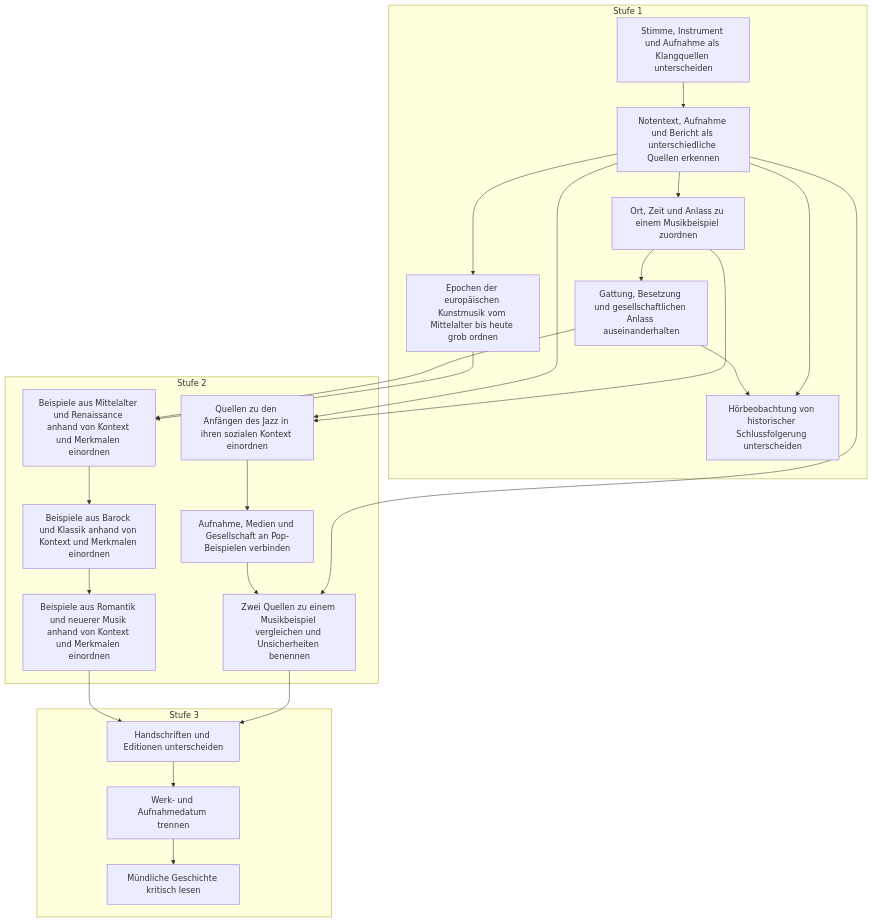
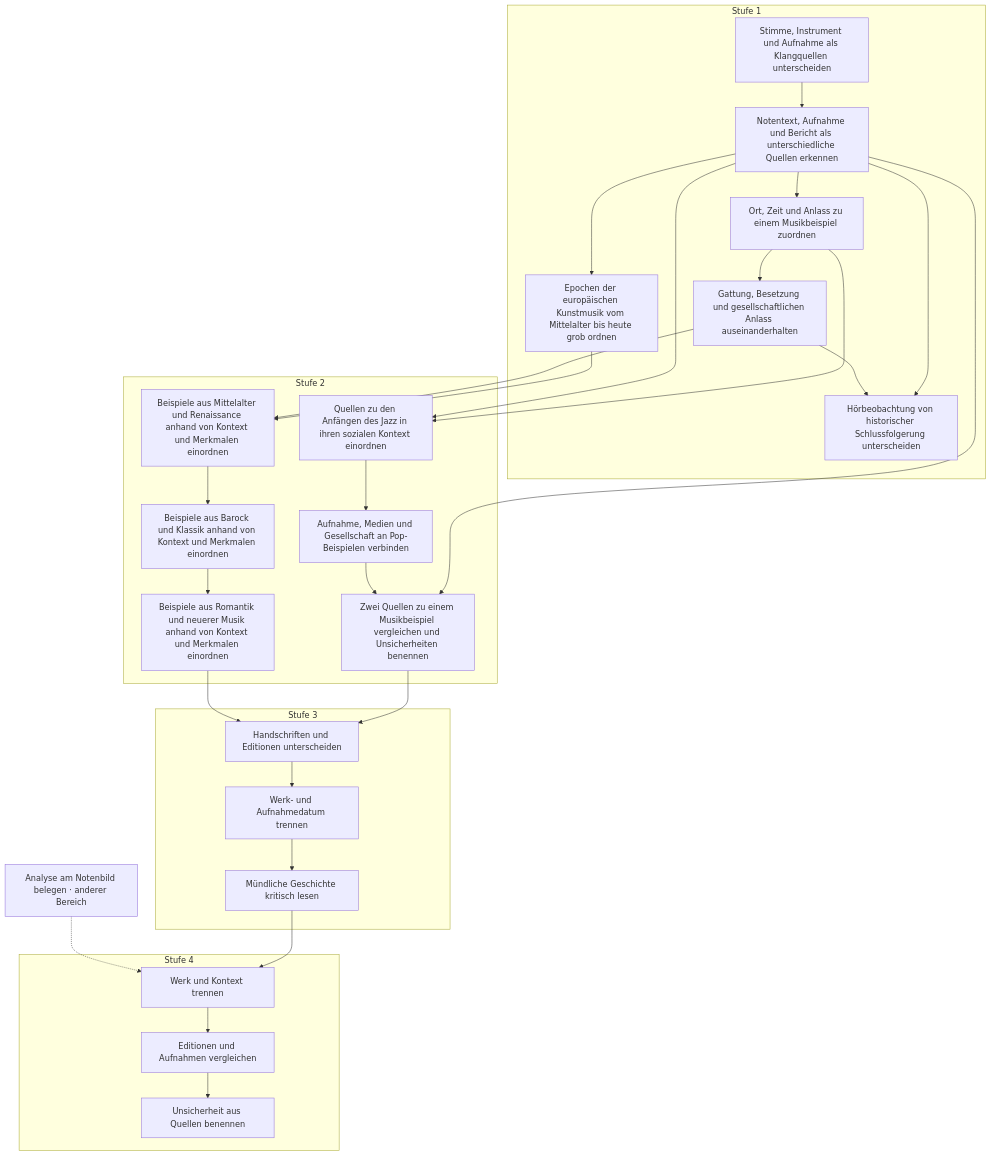
One commit to PhiFa96/harmonia changed the ninth of 16 diagrams in docs/plan/faehigkeitsgraph-diagramme.md. Above: the diagram before and after it, drawn with Mermaid. The commit also changed other lines of this file and 41 other files, not shown here.

````diff
--- a/docs/plan/faehigkeitsgraph-diagramme.md
+++ b/docs/plan/faehigkeitsgraph-diagramme.md
@@ -590,43 +683,53 @@
 ```mermaid
 flowchart TD
   subgraph level1["Stufe 1"]
     s34["Stimme, Instrument und Aufnahme als Klangquellen unterscheiden"]
     s35["Notentext, Aufnahme und Bericht als unterschiedliche Quellen erkennen"]
     s36["Ort, Zeit und Anlass zu einem Musikbeispiel zuordnen"]
     s37["Epochen der europäischen Kunstmusik vom Mittelalter bis heute grob ordnen"]
     s38["Gattung, Besetzung und gesellschaftlichen Anlass auseinanderhalten"]
     s39["Hörbeobachtung von historischer Schlussfolgerung unterscheiden"]
   end
   subgraph level2["Stufe 2"]
     s84["Beispiele aus Mittelalter und Renaissance anhand von Kontext und Merkmalen einordnen"]
     s85["Beispiele aus Barock und Klassik anhand von Kontext und Merkmalen einordnen"]
     s86["Beispiele aus Romantik und neuerer Musik anhand von Kontext und Merkmalen einordnen"]
     s87["Quellen zu den Anfängen des Jazz in ihren sozialen Kontext einordnen"]
     s88["Aufnahme, Medien und Gesellschaft an Pop-Beispielen verbinden"]
     s89["Zwei Quellen zu einem Musikbeispiel vergleichen und Unsicherheiten benennen"]
   end
   subgraph level3["Stufe 3"]
     s123["Handschriften und Editionen unterscheiden"]
     s124["Werk- und Aufnahmedatum trennen"]
     s125["Mündliche Geschichte kritisch lesen"]
   end
+  subgraph level4["Stufe 4"]
+    s162["Werk und Kontext trennen"]
+    s163["Editionen und Aufnahmen vergleichen"]
+    s164["Unsicherheit aus Quellen benennen"]
+  end
+  s149["Analyse am Notenbild belegen · anderer Bereich"]
   s34 --> s35
   s35 --> s36
   s35 --> s37
   s36 --> s38
   s35 --> s39
   s38 --> s39
   s37 --> s84
   s38 --> s84
   s84 --> s85
   s85 --> s86
   s36 --> s87
   s35 --> s87
   s87 --> s88
   s35 --> s89
   s88 --> s89
   s89 --> s123
   s86 --> s123
   s123 --> s124
   s124 --> s125
+  s125 --> s162
+  s149 -.-> s162
+  s162 --> s163
+  s163 --> s164
 ```
````
